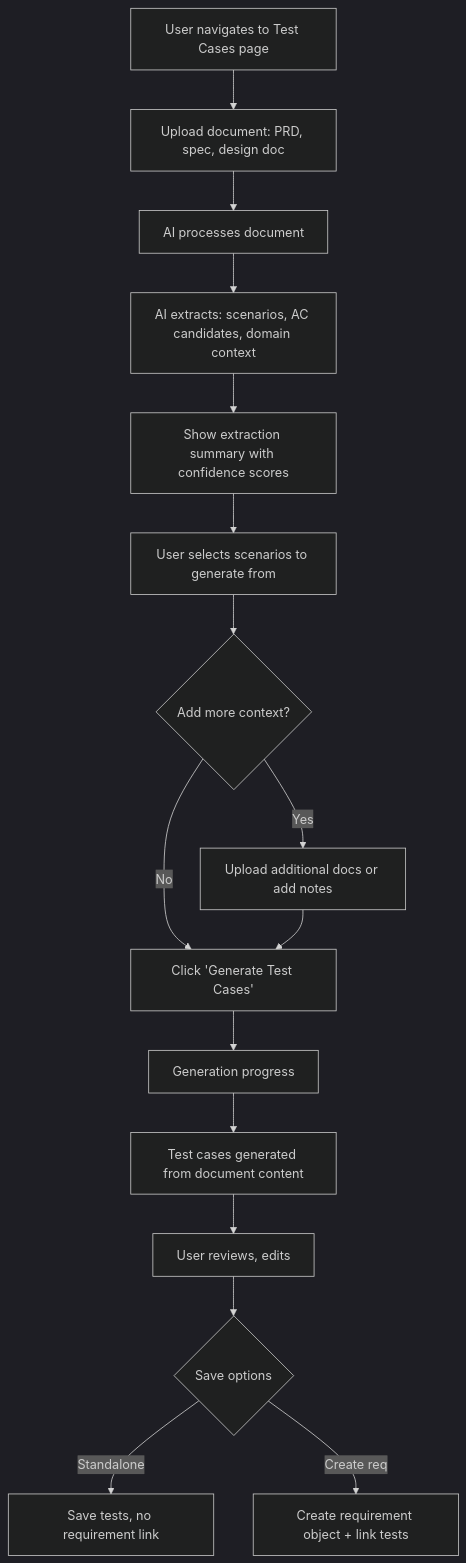
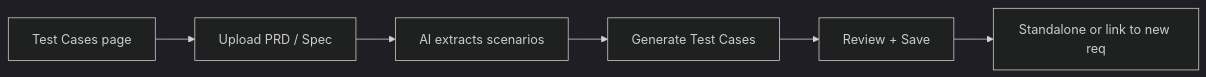
The second of 2 diagrams in README.md (hanguyenktl/test-case-generator-specs), drawn with Mermaid (dark theme) before and after one commit. The commit also changed other lines of this file and 58 other files, not shown here.

````diff
--- a/README.md
+++ b/README.md
@@ -51,18 +110,8 @@
 ```mermaid
-flowchart TD
-    START2[User navigates to Test Cases page] --> UPLOAD2[Upload document: PRD, spec, design doc]
-    UPLOAD2 --> PROCESS2[AI processes document]
-    PROCESS2 --> EXTRACT[AI extracts: scenarios, AC candidates, domain context]
-    EXTRACT --> SHOW[Show extraction summary with confidence scores]
-    SHOW --> SELECT[User selects scenarios to generate from]
-    SELECT --> CONTEXT{Add more context?}
-    CONTEXT -->|Yes| MORE[Upload additional docs or add notes]
-    CONTEXT -->|No| GEN2[Click 'Generate Test Cases']
-    MORE --> GEN2
-    GEN2 --> PROGRESS2[Generation progress]
-    PROGRESS2 --> RESULTS2[Test cases generated from document content]
-    RESULTS2 --> REVIEW2[User reviews, edits]
-    REVIEW2 --> SAVE{Save options}
-    SAVE -->|Standalone| STANDALONE[Save tests, no requirement link]
-    SAVE -->|Create req| NEWREQ[Create requirement object + link tests]
+flowchart LR
+    TC[Test Cases page] --> UPLOAD[Upload PRD / Spec]
+    UPLOAD --> EXTRACT[AI extracts scenarios]
+    EXTRACT --> GEN2[Generate Test Cases]
+    GEN2 --> REVIEW2[Review + Save]
+    REVIEW2 --> STANDALONE[Standalone or link to new req]
 ```
````
